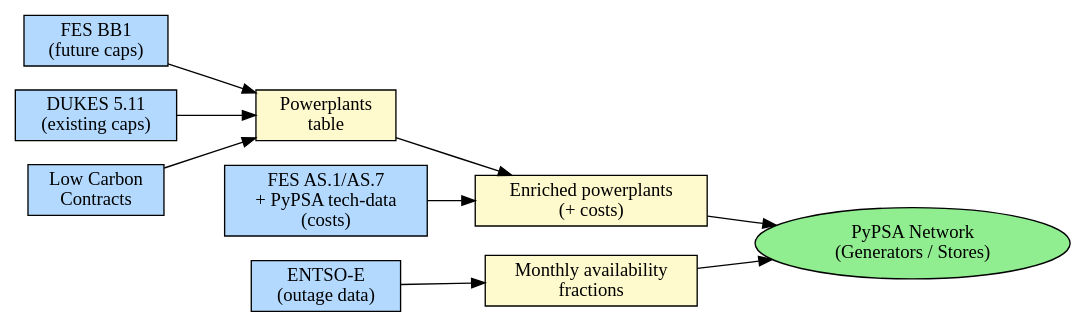
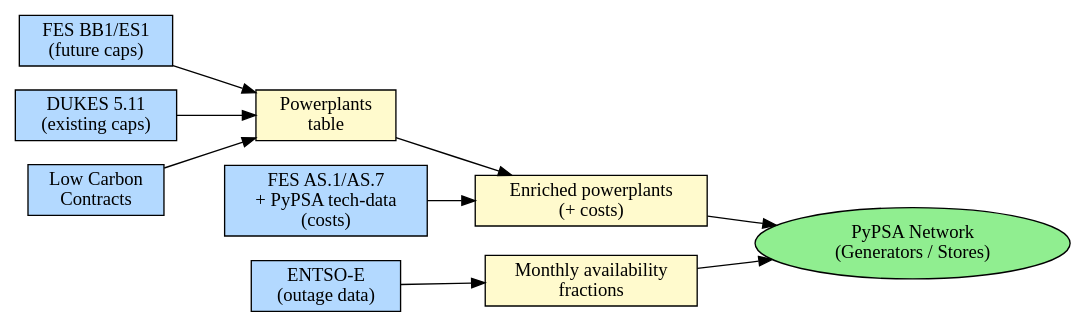
The diagram in doc/gb-model/system_generators.rst (open-energy-transition/pypsa-eur), drawn with Graphviz before and after one commit. The commit also changed other lines of this file and 5 other files, not shown here.

```diff
--- a/doc/gb-model/system_generators.rst
+++ b/doc/gb-model/system_generators.rst
@@ -36,26 +37,26 @@
 .. graphviz::
 
    digraph {
       rankdir=LR;
       node [shape=box, style=filled];
 
-      fes    [label="FES BB1\n(future caps)", fillcolor="#B3D9FF"];
+      fes    [label="FES BB1/ES1\n(future caps)", fillcolor="#B3D9FF"];
       dukes  [label="DUKES 5.11\n(existing caps)", fillcolor="#B3D9FF"];
       entsoe [label="ENTSO-E\n(outage data)", fillcolor="#B3D9FF"];
       costs  [label="FES AS.1/AS.7\n+ PyPSA tech-data\n(costs)", fillcolor="#B3D9FF"];
       lcr    [label="Low Carbon\nContracts", fillcolor="#B3D9FF"];
 
       ppl    [label="Powerplants\ntable", fillcolor="#FFFACD"];
       avail  [label="Monthly availability\nfractions", fillcolor="#FFFACD"];
       enrich [label="Enriched powerplants\n(+ costs)", fillcolor="#FFFACD"];
 
       network [label="PyPSA Network\n(Generators / Stores)", fillcolor="#90EE90", shape=ellipse];
 
       fes -> ppl;
       dukes -> ppl;
       lcr -> ppl;
       ppl -> enrich;
       costs -> enrich;
       enrich -> network;
       entsoe -> avail -> network;
    }
```
